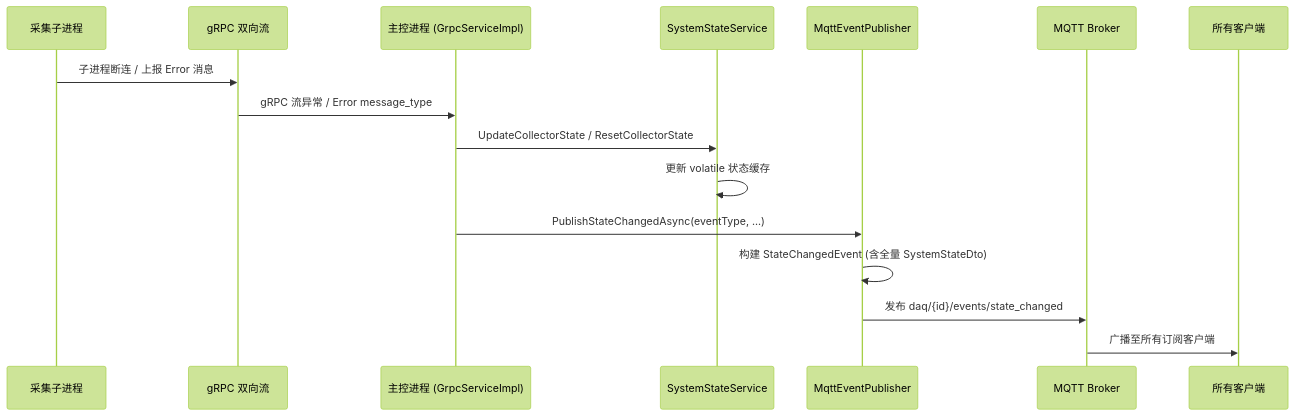
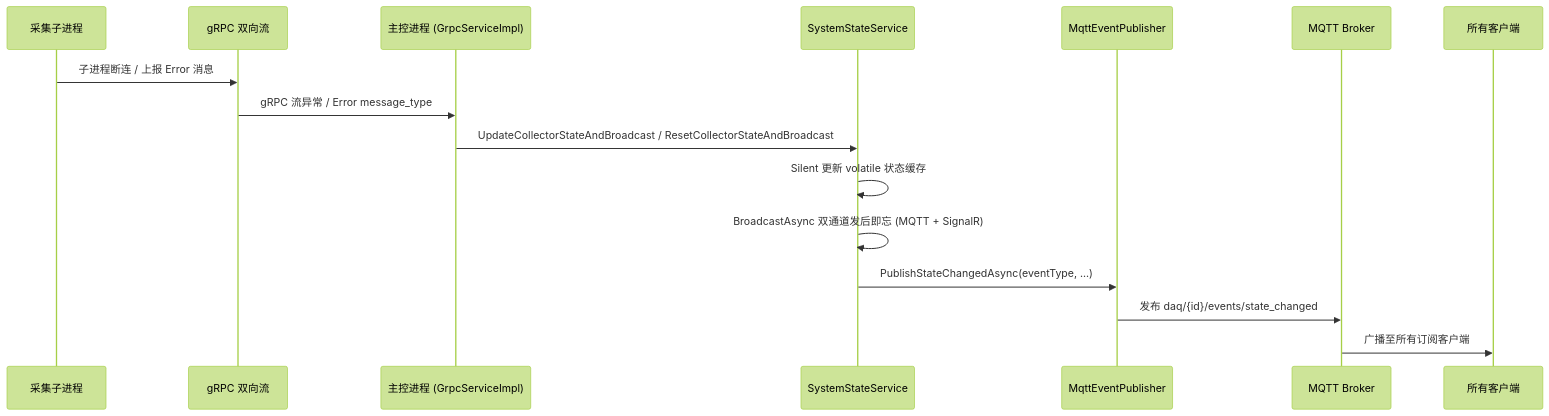
The third of 3 diagrams in 前后端交互逻辑-强乐观模式.md (NB11000/Atmospheric-Detection-LiDAR-Data-Acquisition-and-Monitoring-System), drawn with Mermaid (forest theme) before and after one commit. The commit also changed other lines of this file and 1 other file, not shown here.

Commit message:
feat: 更新 MQTT 主题文档.md与前后端交互逻辑-强乐观模式.md

````diff
--- a/前后端交互逻辑-强乐观模式.md
+++ b/前后端交互逻辑-强乐观模式.md
@@ -74,19 +74,19 @@
 ```mermaid
 sequenceDiagram
     participant S as 采集子进程
     participant G as gRPC 双向流
     participant M as 主控进程 (GrpcServiceImpl)
     participant SS as SystemStateService
     participant EP as MqttEventPublisher
     participant B as MQTT Broker
     participant C as 所有客户端
 
     S->>G: 子进程断连 / 上报 Error 消息
     G->>M: gRPC 流异常 / Error message_type
-    M->>SS: UpdateCollectorState / ResetCollectorState
-    SS->>SS: 更新 volatile 状态缓存
-    M->>EP: PublishStateChangedAsync(eventType, ...)
-    EP->>EP: 构建 StateChangedEvent (含全量 SystemStateDto)
+    M->>SS: UpdateCollectorStateAndBroadcast / ResetCollectorStateAndBroadcast
+    SS->>SS: Silent 更新 volatile 状态缓存
+    SS->>SS: BroadcastAsync 双通道发后即忘 (MQTT + SignalR)
+    SS->>EP: PublishStateChangedAsync(eventType, ...)
     EP->>B: 发布 daq/{id}/events/state_changed
     B->>C: 广播至所有订阅客户端
 ```
````
